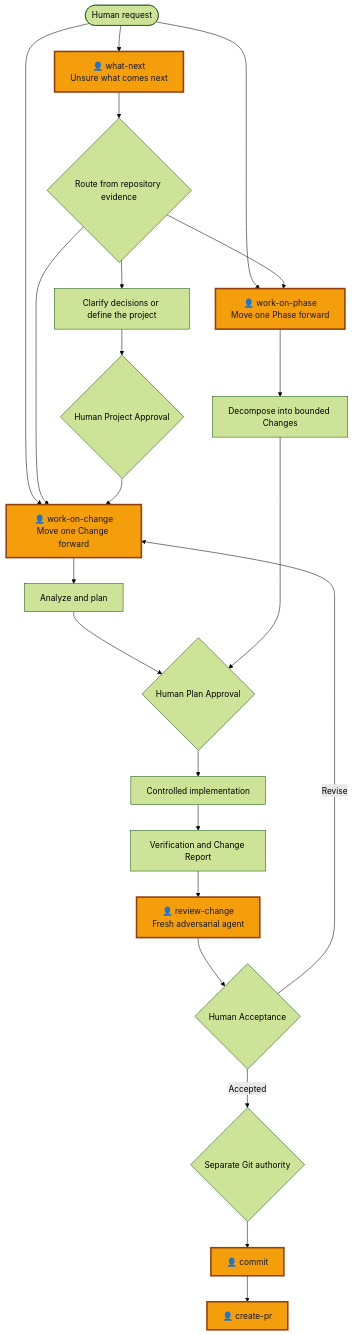
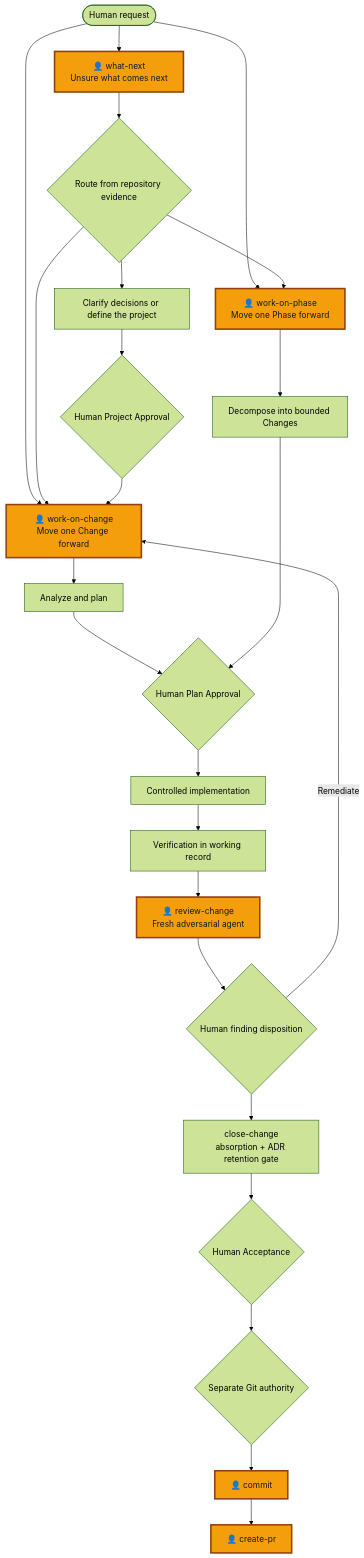
One commit to busybutlazy/Skill_Merchant- changed the first of 2 diagrams in README.md. Above: the diagram before and after it, drawn with Mermaid (forest theme). The commit also changed other lines of this file and 100 other files, not shown here.

````diff
--- a/README.md
+++ b/README.md
@@ -39,27 +39,29 @@
 ```mermaid
 flowchart TD
     START([Human request])
     START --> WHAT["👤 what-next<br/>Unsure what comes next"]
     START --> CHANGE["👤 work-on-change<br/>Move one Change forward"]
     START --> PHASE["👤 work-on-phase<br/>Move one Phase forward"]
     WHAT --> ROUTE{Route from repository evidence}
     ROUTE --> DISCOVERY[Clarify decisions or define the project]
     ROUTE --> CHANGE
     ROUTE --> PHASE
     DISCOVERY --> PROJECT_GATE{Human Project Approval}
     PROJECT_GATE --> CHANGE
     CHANGE --> PLAN[Analyze and plan]
     PLAN --> PLAN_GATE{Human Plan Approval}
     PLAN_GATE --> IMPLEMENT[Controlled implementation]
-    IMPLEMENT --> VERIFY[Verification and Change Report]
+    IMPLEMENT --> VERIFY[Verification in working record]
     PHASE --> PHASE_FLOW[Decompose into bounded Changes]
     PHASE_FLOW --> PLAN_GATE
     VERIFY --> REVIEW["👤 review-change<br/>Fresh adversarial agent"]
-    REVIEW --> ACCEPT{Human Acceptance}
-    ACCEPT -->|Revise| CHANGE
-    ACCEPT -->|Accepted| GIT{Separate Git authority}
+    REVIEW --> DISPOSE{Human finding disposition}
+    DISPOSE -->|Remediate| CHANGE
+    DISPOSE --> CLOSE["close-change<br/>absorption + ADR retention gate"]
+    CLOSE --> ACCEPT{Human Acceptance}
+    ACCEPT --> GIT{Separate Git authority}
     GIT --> COMMIT["👤 commit"]
     COMMIT --> PR["👤 create-pr"]
     classDef human fill:#f59e0b,stroke:#92400e,color:#111827,stroke-width:3px;
     class WHAT,CHANGE,PHASE,REVIEW,COMMIT,PR human;
 ```
````
